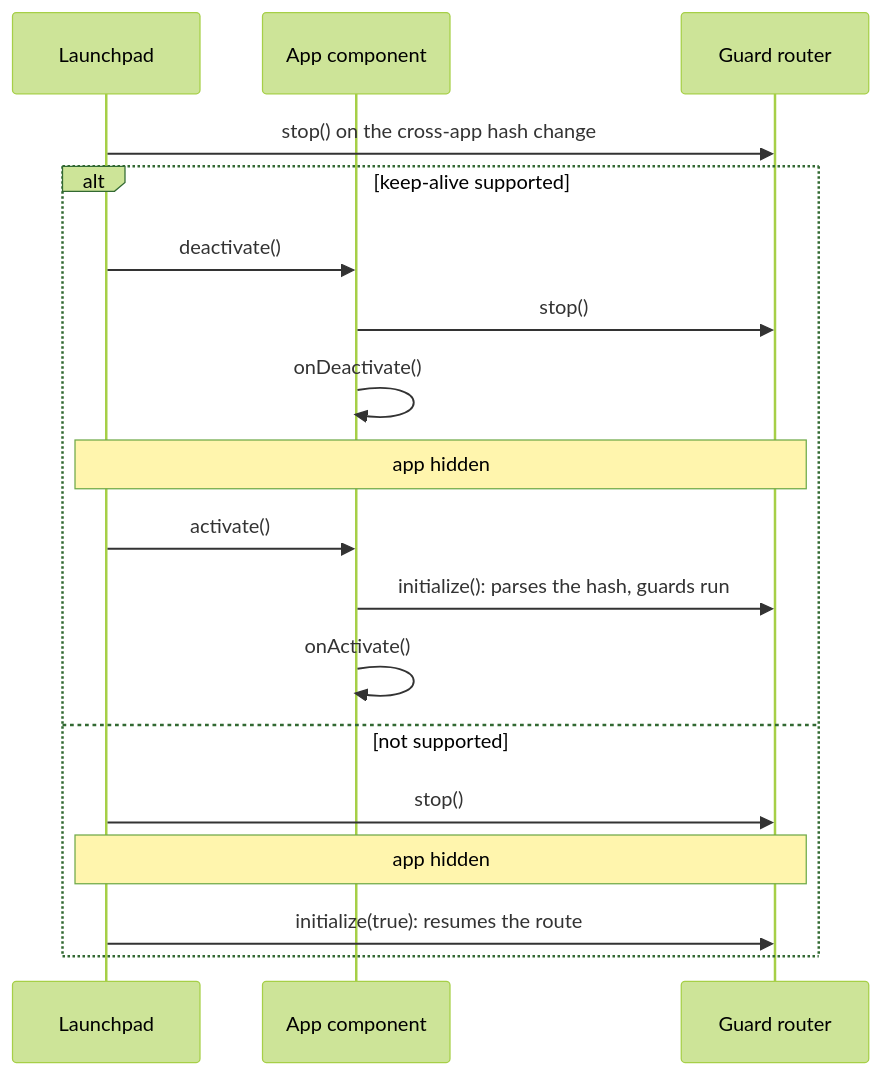
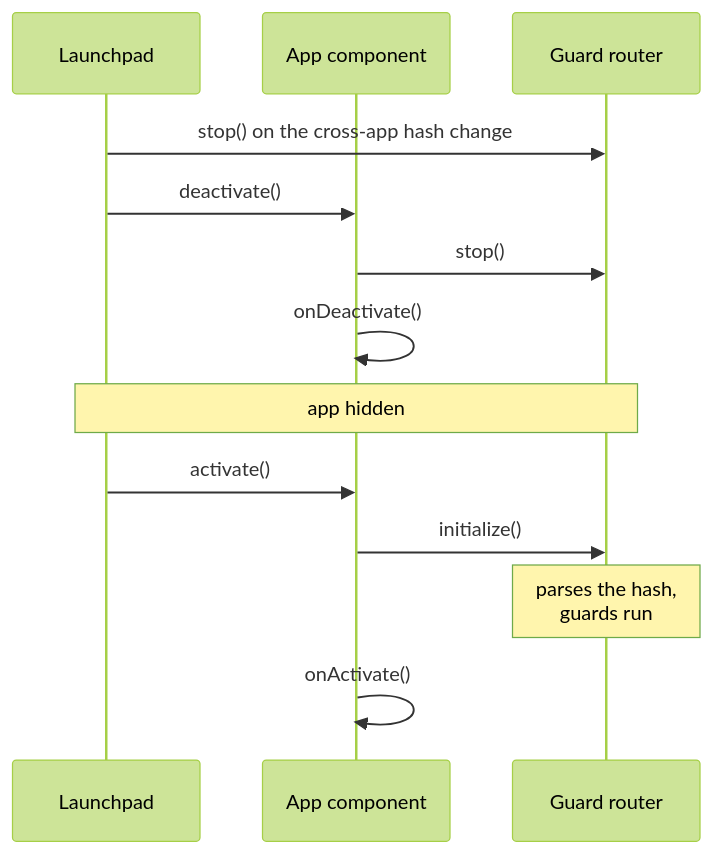
The ninth of 12 diagrams in docs/reference/architecture.md (wridgeu/ui5-lib-guard-router), drawn with Mermaid (forest theme) before and after one commit. The commit also changed other lines of this file and 6 other files, not shown here.

First line of the commit message:
docs: draw the diagrams narrow, one case each, and colour the overview

````diff
--- a/docs/reference/architecture.md
+++ b/docs/reference/architecture.md
@@ -896,20 +889,15 @@
 ```mermaid
 sequenceDiagram
     participant Shell as Launchpad
     participant Comp as App component
     participant Router as Guard router
     Shell->>Router: stop() on the cross-app hash change
-    alt keep-alive supported
-        Shell->>Comp: deactivate()
-        Comp->>Router: stop()
-        Comp->>Comp: onDeactivate()
-        Note over Shell,Router: app hidden
-        Shell->>Comp: activate()
-        Comp->>Router: initialize(): parses the hash, guards run
-        Comp->>Comp: onActivate()
-    else not supported
-        Shell->>Router: stop()
-        Note over Shell,Router: app hidden
-        Shell->>Router: initialize(true): resumes the route
-    end
+    Shell->>Comp: deactivate()
+    Comp->>Router: stop()
+    Comp->>Comp: onDeactivate()
+    Note over Shell,Router: app hidden
+    Shell->>Comp: activate()
+    Comp->>Router: initialize()
+    Note over Router: parses the hash,<br/>guards run
+    Comp->>Comp: onActivate()
 ```
````
